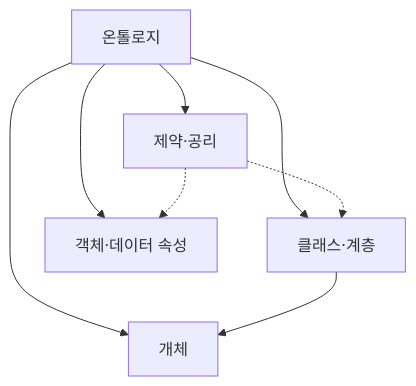
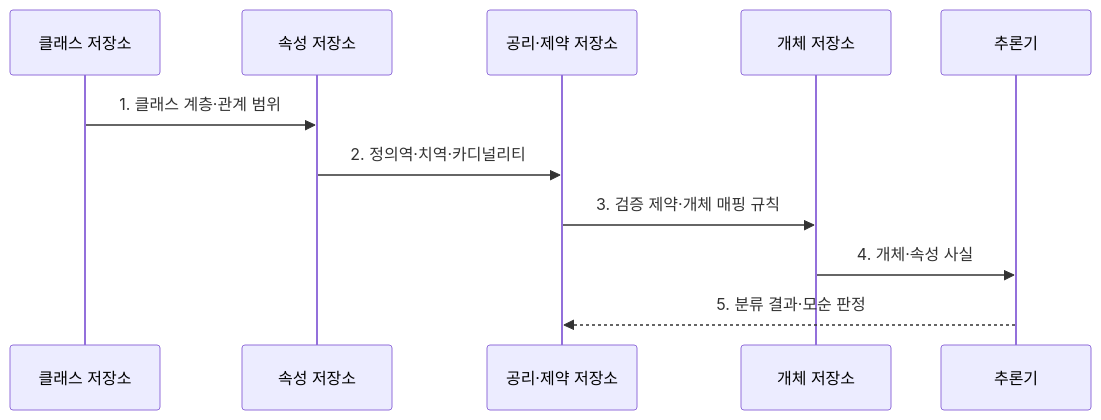
Before and after one commit to agnusdei1207/knowledge-base: the second of 2 diagrams in src/content/docs/notes/08-latest-tech/080_ontology.md, drawn with Mermaid. The commit also changed other lines of this file and 23 other files, not shown here.

````diff
--- a/src/content/docs/notes/08-latest-tech/080_ontology.md
+++ b/src/content/docs/notes/08-latest-tech/080_ontology.md
@@ -51,15 +81,13 @@
 ```mermaid
-flowchart TB
-    O[온톨로지]
-    C[클래스·계층]
-    I[개체]
-    P[객체·데이터 속성]
-    A[제약·공리]
-    O --> C
-    O --> I
-    O --> P
-    O --> A
-    C --> I
-    A -.-> C
-    A -.-> P
+sequenceDiagram
+  participant C as 클래스 저장소
+  participant P as 속성 저장소
+  participant A as 공리·제약 저장소
+  participant I as 개체 저장소
+  participant R as 추론기
+  C->>P: 1. 클래스 계층·관계 범위
+  P->>A: 2. 정의역·치역·카디널리티
+  A->>I: 3. 검증 제약·개체 매핑 규칙
+  I->>R: 4. 개체·속성 사실
+  R-->>A: 5. 분류 결과·모순 판정
 ```
````
